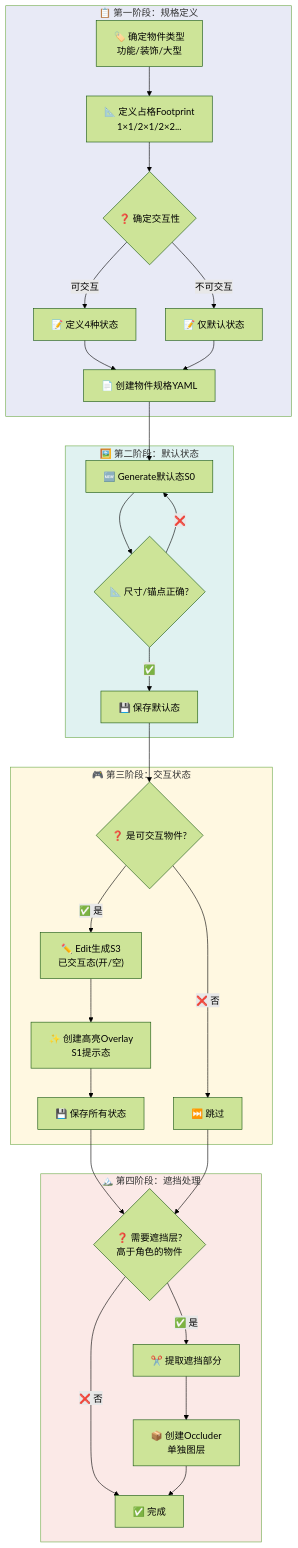
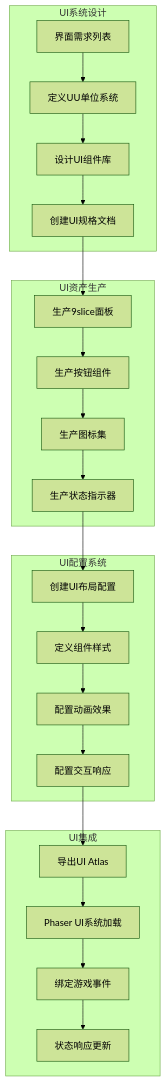
One commit to angelash/Footnote changed the tenth of 17 diagrams in docs/art/资产生产流程图汇总.md. Above: the diagram before and after it, drawn with Mermaid (forest theme). The commit also changed other lines of this file and 59 other files, not shown here.

````diff
--- a/docs/art/资产生产流程图汇总.md
+++ b/docs/art/资产生产流程图汇总.md
@@ -188,43 +284,30 @@
 ```mermaid
 flowchart TB
-    subgraph Phase1["📋 第一阶段：规格定义"]
-        A1["🏷️ 确定物件类型<br/>功能/装饰/大型"] --> A2["📐 定义占格Footprint<br/>1×1/2×1/2×2..."]
-        A2 --> A3{"❓ 确定交互性"}
-        A3 -->|"可交互"| A3a["📝 定义4种状态"]
-        A3 -->|"不可交互"| A3b["📝 仅默认状态"]
-        A3a --> A4["📄 创建物件规格YAML"]
-        A3b --> A4
+    subgraph UIDesign["UI系统设计"]
+        A1["界面需求列表"] --> A2["定义UU单位系统"]
+        A2 --> A3["设计UI组件库"]
+        A3 --> A4["创建UI规格文档"]
     end
     
-    subgraph Phase2["🖼️ 第二阶段：默认状态"]
-        B1["🆕 Generate默认态S0"] --> B2{"📐 尺寸/锚点正确?"}
-        B2 -->|"❌"| B1
-        B2 -->|"✅"| B3["💾 保存默认态"]
+    subgraph UIAssets["UI资产生产"]
+        B1["生产9slice面板"] --> B2["生产按钮组件"]
+        B2 --> B3["生产图标集"]
+        B3 --> B4["生产状态指示器"]
     end
     
-    subgraph Phase3["🎮 第三阶段：交互状态"]
-        C1{"❓ 是可交互物件?"}
-        C1 -->|"❌ 否"| C5["⏭️ 跳过"]
-        C1 -->|"✅ 是"| C2["✏️ Edit生成S3<br/>已交互态(开/空)"]
-        C2 --> C3["✨ 创建高亮Overlay<br/>S1提示态"]
-        C3 --> C4["💾 保存所有状态"]
+    subgraph UIConfig["UI配置系统"]
+        C1["创建UI布局配置"] --> C2["定义组件样式"]
+        C2 --> C3["配置动画效果"]
+        C3 --> C4["配置交互响应"]
     end
     
-    subgraph Phase4["🏔️ 第四阶段：遮挡处理"]
-        D1{"❓ 需要遮挡层?<br/>高于角色的物件"}
-        D1 -->|"❌ 否"| D4["✅ 完成"]
-        D1 -->|"✅ 是"| D2["✂️ 提取遮挡部分"]
-        D2 --> D3["📦 创建Occluder<br/>单独图层"]
-        D3 --> D4
+    subgraph UIIntegration["UI集成"]
+        D1["导出UI Atlas"] --> D2["Phaser UI系统加载"]
+        D2 --> D3["绑定游戏事件"]
+        D3 --> D4["状态响应更新"]
     end
     
     A4 --> B1
-    B3 --> C1
+    B4 --> C1
     C4 --> D1
-    C5 --> D1
-    
-    style Phase1 fill:#e8eaf6
-    style Phase2 fill:#e0f2f1
-    style Phase3 fill:#fff8e1
-    style Phase4 fill:#fbe9e7
 ```
````
